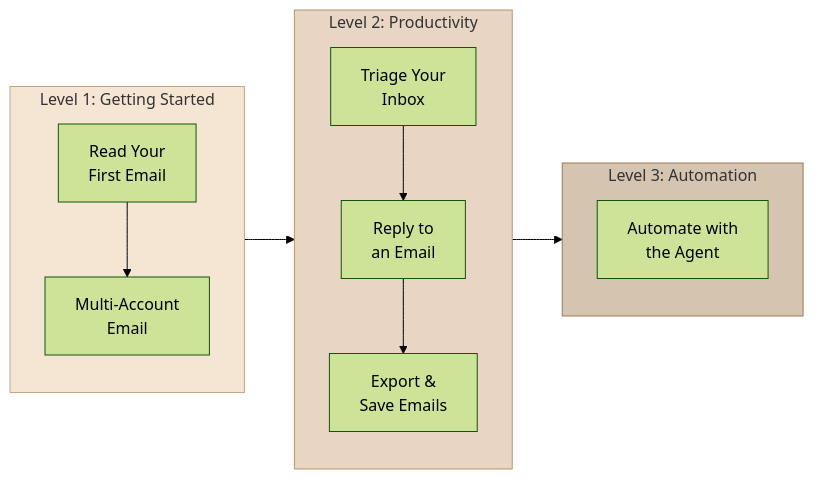
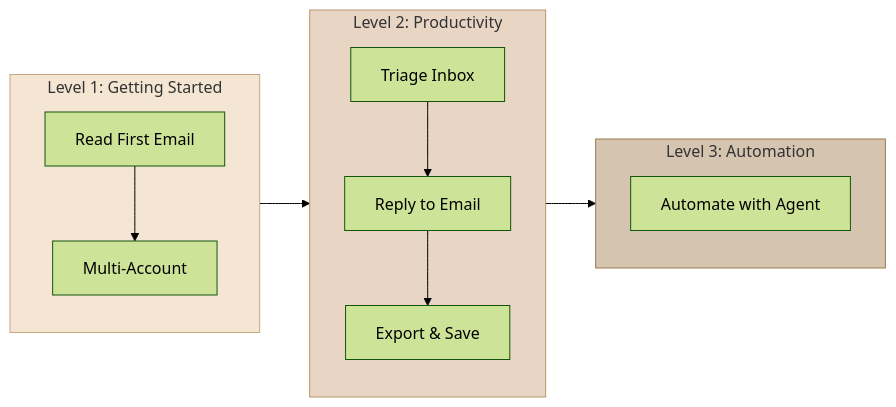
Before and after one commit to Data-Wise/himalaya-mcp: the diagram in docs/tutorials/index.md, drawn with Mermaid (forest theme).

Commit message:
fix: use single-line labels in mermaid tutorial diagram
Newline escapes (\n and <br>) render literally in pymdownx.superfences
mermaid. Use shorter single-line labels instead.

````diff
--- a/docs/tutorials/index.md
+++ b/docs/tutorials/index.md
@@ -7,21 +7,21 @@
 ```mermaid
 flowchart LR
     subgraph L1["Level 1: Getting Started"]
-        A1["Read Your\nFirst Email"] --> A2["Multi-Account\nEmail"]
+        A1[Read First Email] --> A2[Multi-Account]
     end
 
     subgraph L2["Level 2: Productivity"]
-        B1["Triage Your\nInbox"] --> B2["Reply to\nan Email"]
-        B2 --> B3["Export &\nSave Emails"]
+        B1[Triage Inbox] --> B2[Reply to Email]
+        B2 --> B3[Export & Save]
     end
 
     subgraph L3["Level 3: Automation"]
-        C1["Automate with\nthe Agent"]
+        C1[Automate with Agent]
     end
 
     L1 --> L2 --> L3
 
     style L1 fill:#f5e6d3,stroke:#c4a882
     style L2 fill:#e8d5c4,stroke:#b8956a
     style L3 fill:#d4c4b0,stroke:#a07850
 ```
````
